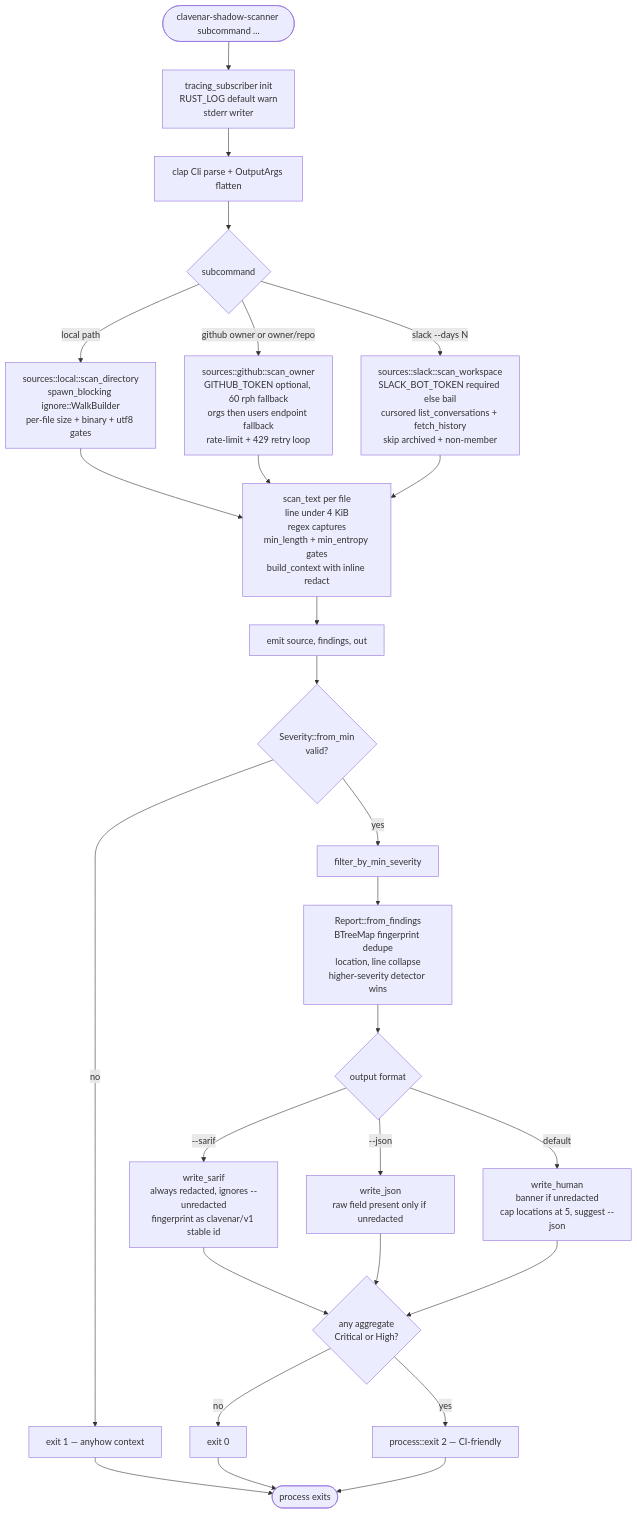
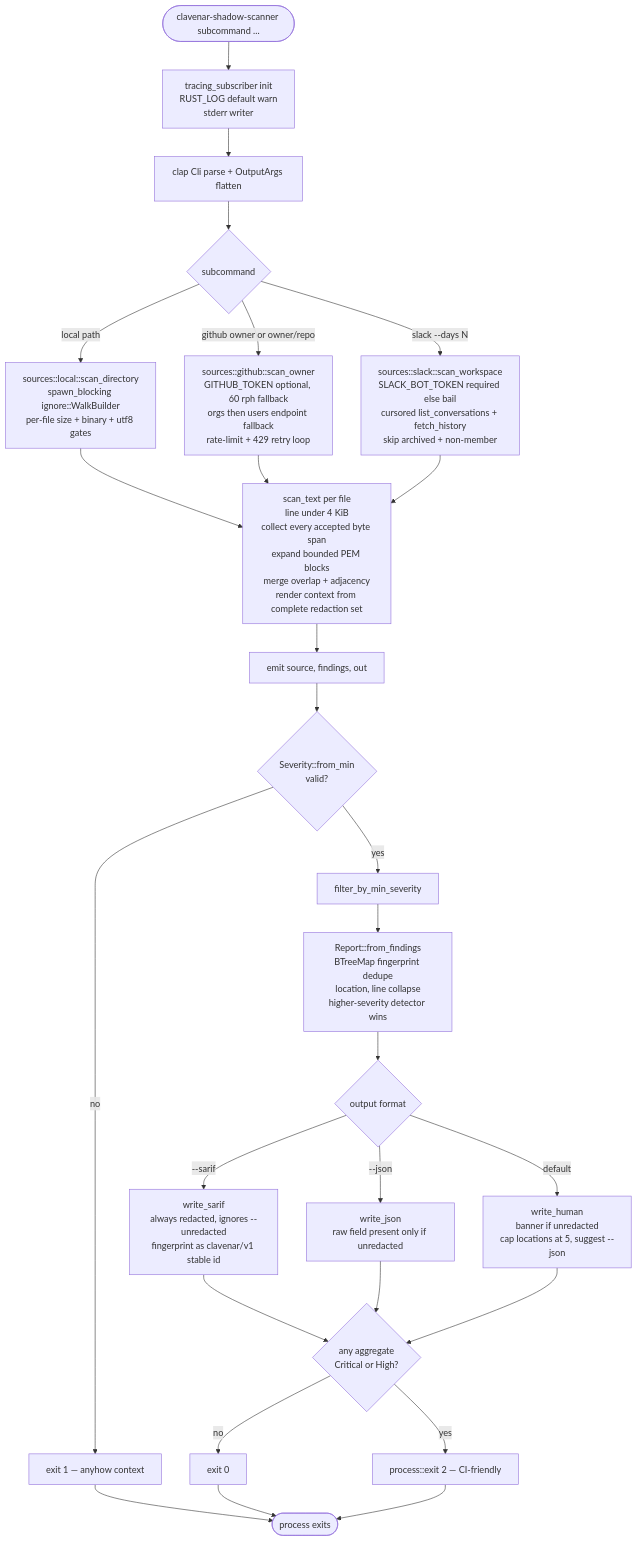
One commit to clavenar/clavenar-shadow-scanner changed the sixth of 6 diagrams in docs/SEQUENCES.md. Above: the diagram before and after it, drawn with Mermaid. The commit also changed other lines of this file and 16 other files, not shown here.

Commit message:
redact context from complete detector span set

````diff
--- a/docs/SEQUENCES.md
+++ b/docs/SEQUENCES.md
@@ -368,35 +383,35 @@
 ```mermaid
 flowchart TD
     Start([clavenar-shadow-scanner subcommand ...]) --> Tracing[tracing_subscriber init<br/>RUST_LOG default warn<br/>stderr writer]
     Tracing --> Parse[clap Cli parse + OutputArgs flatten]
     Parse --> Sub{subcommand}
 
     Sub -->|local path| L[sources::local::scan_directory<br/>spawn_blocking ignore::WalkBuilder<br/>per-file size + binary + utf8 gates]
     Sub -->|github owner or owner/repo| G[sources::github::scan_owner<br/>GITHUB_TOKEN optional, 60 rph fallback<br/>orgs then users endpoint fallback<br/>rate-limit + 429 retry loop]
     Sub -->|slack --days N| S[sources::slack::scan_workspace<br/>SLACK_BOT_TOKEN required else bail<br/>cursored list_conversations + fetch_history<br/>skip archived + non-member]
 
-    L --> Det[scan_text per file<br/>line under 4 KiB<br/>regex captures<br/>min_length + min_entropy gates<br/>build_context with inline redact]
+    L --> Det[scan_text per file<br/>line under 4 KiB<br/>collect every accepted byte span<br/>expand bounded PEM blocks<br/>merge overlap + adjacency<br/>render context from complete redaction set]
     G --> Det
     S --> Det
 
     Det --> Emit[emit source, findings, out]
     Emit --> SevMin{Severity::from_min<br/>valid?}
     SevMin -->|no| Err1[exit 1 — anyhow context]
     SevMin -->|yes| Filter[filter_by_min_severity]
     Filter --> Build[Report::from_findings<br/>BTreeMap fingerprint dedupe<br/>location, line collapse<br/>higher-severity detector wins]
 
     Build --> Fmt{output format}
     Fmt -->|--sarif| Sarif[write_sarif<br/>always redacted, ignores --unredacted<br/>fingerprint as clavenar/v1 stable id]
     Fmt -->|--json| Json[write_json<br/>raw field present only if unredacted]
     Fmt -->|default| Human[write_human<br/>banner if unredacted<br/>cap locations at 5, suggest --json]
 
     Sarif --> AnyHigh{any aggregate<br/>Critical or High?}
     Json --> AnyHigh
     Human --> AnyHigh
     AnyHigh -->|yes| E2[process::exit 2 — CI-friendly]
     AnyHigh -->|no| E0[exit 0]
 
     Err1 --> End([process exits])
     E0 --> End
     E2 --> End
 ```
````
